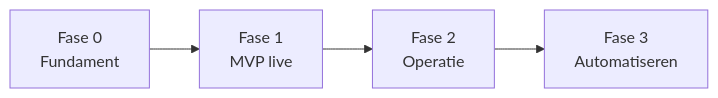
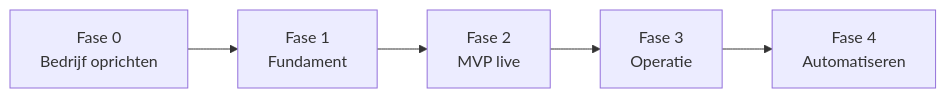
One commit to svankuppevelt-eng/kliko-cleaning-bonaire changed the third of 3 diagrams in ROADMAP.md. Above: the diagram before and after it, drawn with Mermaid. The commit also changed other lines of this file, not shown here.

First line of the commit message:
docs: bedrijfsoprichting Bonaire als Fase 0 in roadmap

````diff
--- a/ROADMAP.md
+++ b/ROADMAP.md
@@ -106,4 +106,4 @@
 ```mermaid
 flowchart LR
-  F0[Fase 0<br/>Fundament] --> F1[Fase 1<br/>MVP live] --> F2[Fase 2<br/>Operatie] --> F3[Fase 3<br/>Automatiseren]
+  F00[Fase 0<br/>Bedrijf oprichten] --> F0[Fase 1<br/>Fundament] --> F1[Fase 2<br/>MVP live] --> F2[Fase 3<br/>Operatie] --> F3[Fase 4<br/>Automatiseren]
 ```
````
